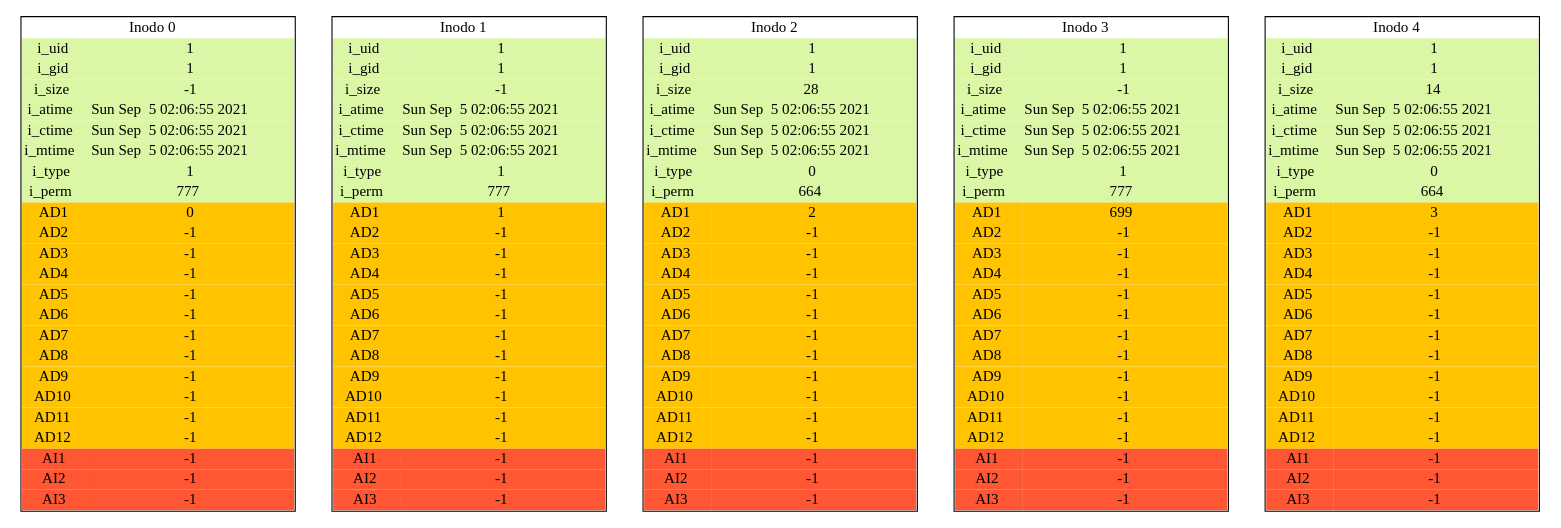
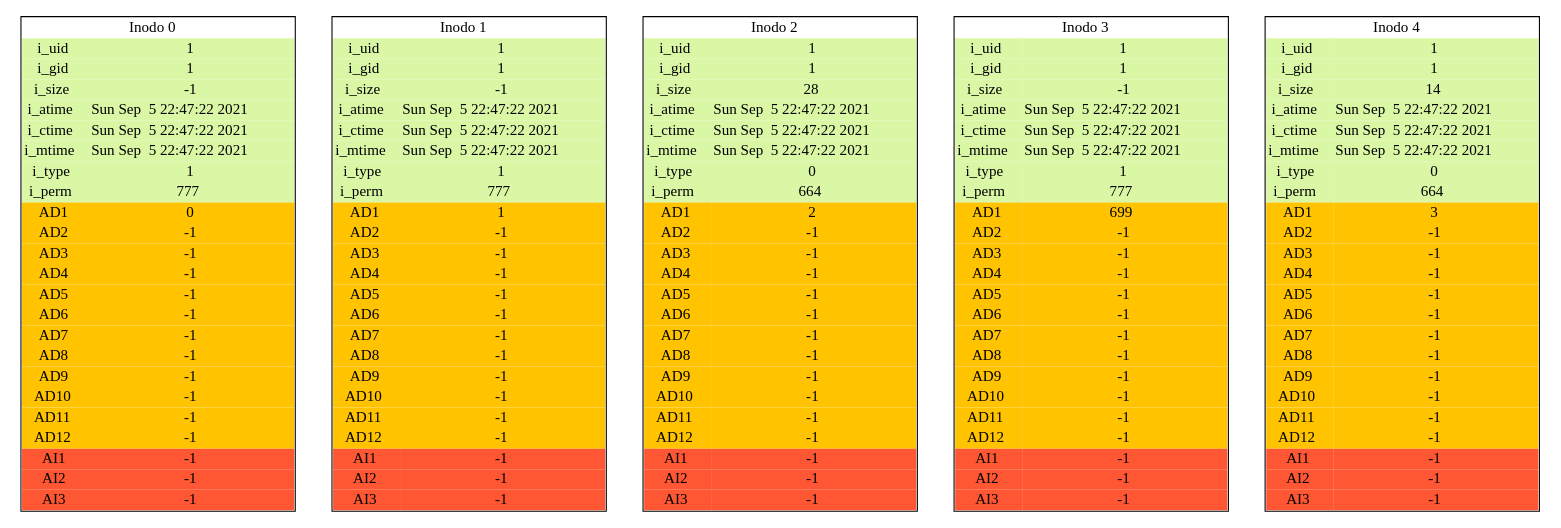
The diagram in cmake-build-debug/report_inodes.dot (RojasCJP/Archivos_Practica1), drawn with Graphviz before and after one commit. The commit also changed 16 other files, not shown here.

```diff
--- a/cmake-build-debug/report_inodes.dot
+++ b/cmake-build-debug/report_inodes.dot
@@ -1,157 +1,157 @@
 digraph {
 i_0[ shape=plaintext label=< 
 <table border="1" cellborder = "0" cellspacing='0'>
 <tr><td colspan="3">Inodo 0</td></tr>
 <tr><td bgcolor="#DAF7A6">i_uid</td><td bgcolor="#DAF7A6">1</td></tr>
 <tr><td bgcolor="#DAF7A6">i_gid</td><td bgcolor="#DAF7A6">1</td></tr>
 <tr><td bgcolor="#DAF7A6">i_size</td><td bgcolor="#DAF7A6">-1</td></tr>
-<tr><td bgcolor="#DAF7A6">i_atime</td><td bgcolor="#DAF7A6">Sun Sep  5 02:06:55 2021
+<tr><td bgcolor="#DAF7A6">i_atime</td><td bgcolor="#DAF7A6">Sun Sep  5 22:47:22 2021
 </td></tr>
-<tr><td bgcolor="#DAF7A6">i_ctime</td><td bgcolor="#DAF7A6">Sun Sep  5 02:06:55 2021
+<tr><td bgcolor="#DAF7A6">i_ctime</td><td bgcolor="#DAF7A6">Sun Sep  5 22:47:22 2021
 </td></tr>
-<tr><td bgcolor="#DAF7A6">i_mtime</td><td bgcolor="#DAF7A6">Sun Sep  5 02:06:55 2021
+<tr><td bgcolor="#DAF7A6">i_mtime</td><td bgcolor="#DAF7A6">Sun Sep  5 22:47:22 2021
 </td></tr>
 <tr><td bgcolor="#DAF7A6">i_type</td><td bgcolor="#DAF7A6">1</td></tr>
 <tr><td bgcolor="#DAF7A6">i_perm</td><td bgcolor="#DAF7A6">777</td></tr>
 <tr><td bgcolor="#FFC300">AD1</td><td  bgcolor="#FFC300">0</td></tr>
 <tr><td bgcolor="#FFC300">AD2</td><td  bgcolor="#FFC300">-1</td></tr>
 <tr><td bgcolor="#FFC300">AD3</td><td  bgcolor="#FFC300">-1</td></tr>
 <tr><td bgcolor="#FFC300">AD4</td><td  bgcolor="#FFC300">-1</td></tr>
 <tr><td bgcolor="#FFC300">AD5</td><td  bgcolor="#FFC300">-1</td></tr>
 <tr><td bgcolor="#FFC300">AD6</td><td  bgcolor="#FFC300">-1</td></tr>
 <tr><td bgcolor="#FFC300">AD7</td><td  bgcolor="#FFC300">-1</td></tr>
 <tr><td bgcolor="#FFC300">AD8</td><td  bgcolor="#FFC300">-1</td></tr>
 <tr><td bgcolor="#FFC300">AD9</td><td  bgcolor="#FFC300">-1</td></tr>
 <tr><td bgcolor="#FFC300">AD10</td><td  bgcolor="#FFC300">-1</td></tr>
 <tr><td bgcolor="#FFC300">AD11</td><td  bgcolor="#FFC300">-1</td></tr>
 <tr><td bgcolor="#FFC300">AD12</td><td  bgcolor="#FFC300">-1</td></tr>
 <tr><td bgcolor="#FF5733">AI1</td><td bgcolor="#FF5733">-1</td></tr>
 <tr><td bgcolor="#FF5733">AI2</td><td bgcolor="#FF5733">-1</td></tr>
 <tr><td bgcolor="#FF5733">AI3</td><td bgcolor="#FF5733">-1</td></tr>
 </table>
 >];
 i_1[ shape=plaintext label=< 
 <table border="1" cellborder = "0" cellspacing='0'>
 <tr><td colspan="3">Inodo 1</td></tr>
 <tr><td bgcolor="#DAF7A6">i_uid</td><td bgcolor="#DAF7A6">1</td></tr>
 <tr><td bgcolor="#DAF7A6">i_gid</td><td bgcolor="#DAF7A6">1</td></tr>
 <tr><td bgcolor="#DAF7A6">i_size</td><td bgcolor="#DAF7A6">-1</td></tr>
-<tr><td bgcolor="#DAF7A6">i_atime</td><td bgcolor="#DAF7A6">Sun Sep  5 02:06:55 2021
+<tr><td bgcolor="#DAF7A6">i_atime</td><td bgcolor="#DAF7A6">Sun Sep  5 22:47:22 2021
 </td></tr>
-<tr><td bgcolor="#DAF7A6">i_ctime</td><td bgcolor="#DAF7A6">Sun Sep  5 02:06:55 2021
+<tr><td bgcolor="#DAF7A6">i_ctime</td><td bgcolor="#DAF7A6">Sun Sep  5 22:47:22 2021
 </td></tr>
-<tr><td bgcolor="#DAF7A6">i_mtime</td><td bgcolor="#DAF7A6">Sun Sep  5 02:06:55 2021
+<tr><td bgcolor="#DAF7A6">i_mtime</td><td bgcolor="#DAF7A6">Sun Sep  5 22:47:22 2021
 </td></tr>
 <tr><td bgcolor="#DAF7A6">i_type</td><td bgcolor="#DAF7A6">1</td></tr>
 <tr><td bgcolor="#DAF7A6">i_perm</td><td bgcolor="#DAF7A6">777</td></tr>
 <tr><td bgcolor="#FFC300">AD1</td><td  bgcolor="#FFC300">1</td></tr>
 <tr><td bgcolor="#FFC300">AD2</td><td  bgcolor="#FFC300">-1</td></tr>
 <tr><td bgcolor="#FFC300">AD3</td><td  bgcolor="#FFC300">-1</td></tr>
 <tr><td bgcolor="#FFC300">AD4</td><td  bgcolor="#FFC300">-1</td></tr>
 <tr><td bgcolor="#FFC300">AD5</td><td  bgcolor="#FFC300">-1</td></tr>
 <tr><td bgcolor="#FFC300">AD6</td><td  bgcolor="#FFC300">-1</td></tr>
 <tr><td bgcolor="#FFC300">AD7</td><td  bgcolor="#FFC300">-1</td></tr>
 <tr><td bgcolor="#FFC300">AD8</td><td  bgcolor="#FFC300">-1</td></tr>
 <tr><td bgcolor="#FFC300">AD9</td><td  bgcolor="#FFC300">-1</td></tr>
 <tr><td bgcolor="#FFC300">AD10</td><td  bgcolor="#FFC300">-1</td></tr>
 <tr><td bgcolor="#FFC300">AD11</td><td  bgcolor="#FFC300">-1</td></tr>
 <tr><td bgcolor="#FFC300">AD12</td><td  bgcolor="#FFC300">-1</td></tr>
 <tr><td bgcolor="#FF5733">AI1</td><td bgcolor="#FF5733">-1</td></tr>
 <tr><td bgcolor="#FF5733">AI2</td><td bgcolor="#FF5733">-1</td></tr>
 <tr><td bgcolor="#FF5733">AI3</td><td bgcolor="#FF5733">-1</td></tr>
 </table>
 >];
 i_2[ shape=plaintext label=< 
 <table border="1" cellborder = "0" cellspacing='0'>
 <tr><td colspan="3">Inodo 2</td></tr>
 <tr><td bgcolor="#DAF7A6">i_uid</td><td bgcolor="#DAF7A6">1</td></tr>
 <tr><td bgcolor="#DAF7A6">i_gid</td><td bgcolor="#DAF7A6">1</td></tr>
 <tr><td bgcolor="#DAF7A6">i_size</td><td bgcolor="#DAF7A6">28</td></tr>
-<tr><td bgcolor="#DAF7A6">i_atime</td><td bgcolor="#DAF7A6">Sun Sep  5 02:06:55 2021
+<tr><td bgcolor="#DAF7A6">i_atime</td><td bgcolor="#DAF7A6">Sun Sep  5 22:47:22 2021
 </td></tr>
-<tr><td bgcolor="#DAF7A6">i_ctime</td><td bgcolor="#DAF7A6">Sun Sep  5 02:06:55 2021
+<tr><td bgcolor="#DAF7A6">i_ctime</td><td bgcolor="#DAF7A6">Sun Sep  5 22:47:22 2021
 </td></tr>
-<tr><td bgcolor="#DAF7A6">i_mtime</td><td bgcolor="#DAF7A6">Sun Sep  5 02:06:55 2021
+<tr><td bgcolor="#DAF7A6">i_mtime</td><td bgcolor="#DAF7A6">Sun Sep  5 22:47:22 2021
 </td></tr>
 <tr><td bgcolor="#DAF7A6">i_type</td><td bgcolor="#DAF7A6">0</td></tr>
 <tr><td bgcolor="#DAF7A6">i_perm</td><td bgcolor="#DAF7A6">664</td></tr>
 <tr><td bgcolor="#FFC300">AD1</td><td  bgcolor="#FFC300">2</td></tr>
 <tr><td bgcolor="#FFC300">AD2</td><td  bgcolor="#FFC300">-1</td></tr>
 <tr><td bgcolor="#FFC300">AD3</td><td  bgcolor="#FFC300">-1</td></tr>
 <tr><td bgcolor="#FFC300">AD4</td><td  bgcolor="#FFC300">-1</td></tr>
 <tr><td bgcolor="#FFC300">AD5</td><td  bgcolor="#FFC300">-1</td></tr>
 <tr><td bgcolor="#FFC300">AD6</td><td  bgcolor="#FFC300">-1</td></tr>
 <tr><td bgcolor="#FFC300">AD7</td><td  bgcolor="#FFC300">-1</td></tr>
 <tr><td bgcolor="#FFC300">AD8</td><td  bgcolor="#FFC300">-1</td></tr>
 <tr><td bgcolor="#FFC300">AD9</td><td  bgcolor="#FFC300">-1</td></tr>
 <tr><td bgcolor="#FFC300">AD10</td><td  bgcolor="#FFC300">-1</td></tr>
 <tr><td bgcolor="#FFC300">AD11</td><td  bgcolor="#FFC300">-1</td></tr>
 <tr><td bgcolor="#FFC300">AD12</td><td  bgcolor="#FFC300">-1</td></tr>
 <tr><td bgcolor="#FF5733">AI1</td><td bgcolor="#FF5733">-1</td></tr>
 <tr><td bgcolor="#FF5733">AI2</td><td bgcolor="#FF5733">-1</td></tr>
 <tr><td bgcolor="#FF5733">AI3</td><td bgcolor="#FF5733">-1</td></tr>
 </table>
 >];
 i_3[ shape=plaintext label=< 
 <table border="1" cellborder = "0" cellspacing='0'>
 <tr><td colspan="3">Inodo 3</td></tr>
 <tr><td bgcolor="#DAF7A6">i_uid</td><td bgcolor="#DAF7A6">1</td></tr>
 <tr><td bgcolor="#DAF7A6">i_gid</td><td bgcolor="#DAF7A6">1</td></tr>
 <tr><td bgcolor="#DAF7A6">i_size</td><td bgcolor="#DAF7A6">-1</td></tr>
-<tr><td bgcolor="#DAF7A6">i_atime</td><td bgcolor="#DAF7A6">Sun Sep  5 02:06:55 2021
+<tr><td bgcolor="#DAF7A6">i_atime</td><td bgcolor="#DAF7A6">Sun Sep  5 22:47:22 2021
 </td></tr>
-<tr><td bgcolor="#DAF7A6">i_ctime</td><td bgcolor="#DAF7A6">Sun Sep  5 02:06:55 2021
+<tr><td bgcolor="#DAF7A6">i_ctime</td><td bgcolor="#DAF7A6">Sun Sep  5 22:47:22 2021
 </td></tr>
-<tr><td bgcolor="#DAF7A6">i_mtime</td><td bgcolor="#DAF7A6">Sun Sep  5 02:06:55 2021
+<tr><td bgcolor="#DAF7A6">i_mtime</td><td bgcolor="#DAF7A6">Sun Sep  5 22:47:22 2021
 </td></tr>
 <tr><td bgcolor="#DAF7A6">i_type</td><td bgcolor="#DAF7A6">1</td></tr>
 <tr><td bgcolor="#DAF7A6">i_perm</td><td bgcolor="#DAF7A6">777</td></tr>
 <tr><td bgcolor="#FFC300">AD1</td><td  bgcolor="#FFC300">699</td></tr>
 <tr><td bgcolor="#FFC300">AD2</td><td  bgcolor="#FFC300">-1</td></tr>
 <tr><td bgcolor="#FFC300">AD3</td><td  bgcolor="#FFC300">-1</td></tr>
 <tr><td bgcolor="#FFC300">AD4</td><td  bgcolor="#FFC300">-1</td></tr>
 <tr><td bgcolor="#FFC300">AD5</td><td  bgcolor="#FFC300">-1</td></tr>
 <tr><td bgcolor="#FFC300">AD6</td><td  bgcolor="#FFC300">-1</td></tr>
 <tr><td bgcolor="#FFC300">AD7</td><td  bgcolor="#FFC300">-1</td></tr>
 <tr><td bgcolor="#FFC300">AD8</td><td  bgcolor="#FFC300">-1</td></tr>
 <tr><td bgcolor="#FFC300">AD9</td><td  bgcolor="#FFC300">-1</td></tr>
 <tr><td bgcolor="#FFC300">AD10</td><td  bgcolor="#FFC300">-1</td></tr>
 <tr><td bgcolor="#FFC300">AD11</td><td  bgcolor="#FFC300">-1</td></tr>
 <tr><td bgcolor="#FFC300">AD12</td><td  bgcolor="#FFC300">-1</td></tr>
 <tr><td bgcolor="#FF5733">AI1</td><td bgcolor="#FF5733">-1</td></tr>
 <tr><td bgcolor="#FF5733">AI2</td><td bgcolor="#FF5733">-1</td></tr>
 <tr><td bgcolor="#FF5733">AI3</td><td bgcolor="#FF5733">-1</td></tr>
 </table>
 >];
 i_4[ shape=plaintext label=< 
 <table border="1" cellborder = "0" cellspacing='0'>
 <tr><td colspan="3">Inodo 4</td></tr>
 <tr><td bgcolor="#DAF7A6">i_uid</td><td bgcolor="#DAF7A6">1</td></tr>
 <tr><td bgcolor="#DAF7A6">i_gid</td><td bgcolor="#DAF7A6">1</td></tr>
 <tr><td bgcolor="#DAF7A6">i_size</td><td bgcolor="#DAF7A6">14</td></tr>
-<tr><td bgcolor="#DAF7A6">i_atime</td><td bgcolor="#DAF7A6">Sun Sep  5 02:06:55 2021
+<tr><td bgcolor="#DAF7A6">i_atime</td><td bgcolor="#DAF7A6">Sun Sep  5 22:47:22 2021
 </td></tr>
-<tr><td bgcolor="#DAF7A6">i_ctime</td><td bgcolor="#DAF7A6">Sun Sep  5 02:06:55 2021
+<tr><td bgcolor="#DAF7A6">i_ctime</td><td bgcolor="#DAF7A6">Sun Sep  5 22:47:22 2021
 </td></tr>
-<tr><td bgcolor="#DAF7A6">i_mtime</td><td bgcolor="#DAF7A6">Sun Sep  5 02:06:55 2021
+<tr><td bgcolor="#DAF7A6">i_mtime</td><td bgcolor="#DAF7A6">Sun Sep  5 22:47:22 2021
 </td></tr>
 <tr><td bgcolor="#DAF7A6">i_type</td><td bgcolor="#DAF7A6">0</td></tr>
 <tr><td bgcolor="#DAF7A6">i_perm</td><td bgcolor="#DAF7A6">664</td></tr>
 <tr><td bgcolor="#FFC300">AD1</td><td  bgcolor="#FFC300">3</td></tr>
 <tr><td bgcolor="#FFC300">AD2</td><td  bgcolor="#FFC300">-1</td></tr>
 <tr><td bgcolor="#FFC300">AD3</td><td  bgcolor="#FFC300">-1</td></tr>
 <tr><td bgcolor="#FFC300">AD4</td><td  bgcolor="#FFC300">-1</td></tr>
 <tr><td bgcolor="#FFC300">AD5</td><td  bgcolor="#FFC300">-1</td></tr>
 <tr><td bgcolor="#FFC300">AD6</td><td  bgcolor="#FFC300">-1</td></tr>
 <tr><td bgcolor="#FFC300">AD7</td><td  bgcolor="#FFC300">-1</td></tr>
 <tr><td bgcolor="#FFC300">AD8</td><td  bgcolor="#FFC300">-1</td></tr>
 <tr><td bgcolor="#FFC300">AD9</td><td  bgcolor="#FFC300">-1</td></tr>
 <tr><td bgcolor="#FFC300">AD10</td><td  bgcolor="#FFC300">-1</td></tr>
 <tr><td bgcolor="#FFC300">AD11</td><td  bgcolor="#FFC300">-1</td></tr>
 <tr><td bgcolor="#FFC300">AD12</td><td  bgcolor="#FFC300">-1</td></tr>
 <tr><td bgcolor="#FF5733">AI1</td><td bgcolor="#FF5733">-1</td></tr>
 <tr><td bgcolor="#FF5733">AI2</td><td bgcolor="#FF5733">-1</td></tr>
 <tr><td bgcolor="#FF5733">AI3</td><td bgcolor="#FF5733">-1</td></tr>
 </table>
 >];
 }
```
